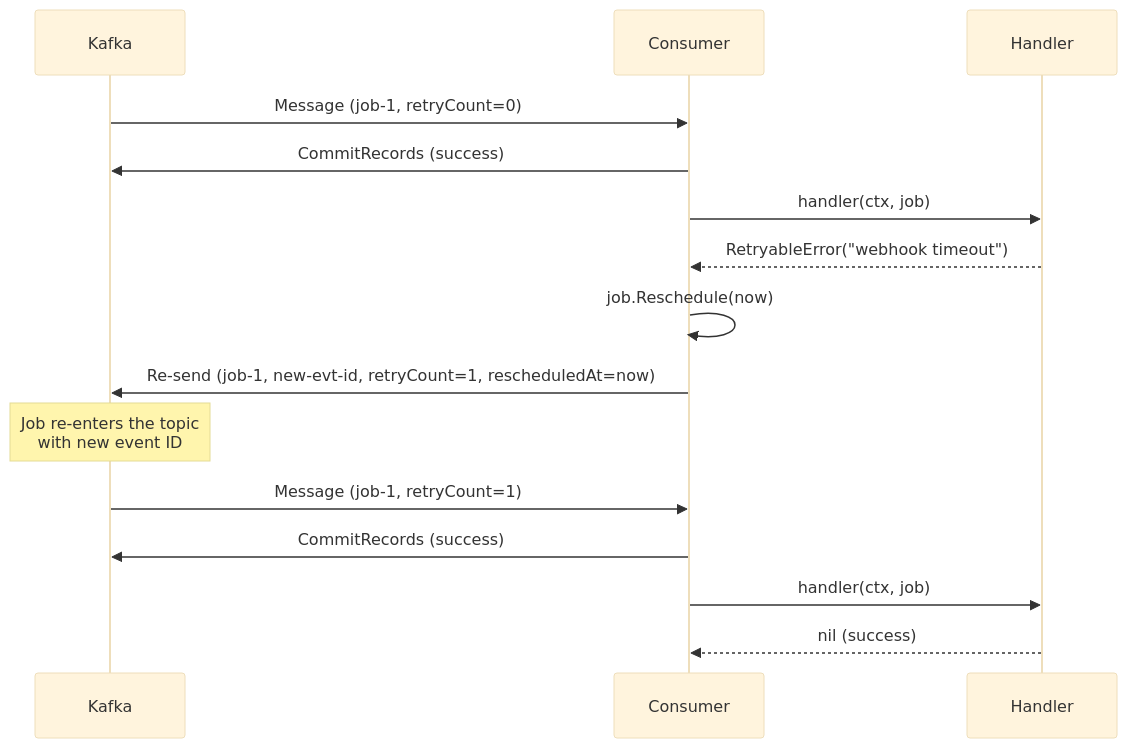
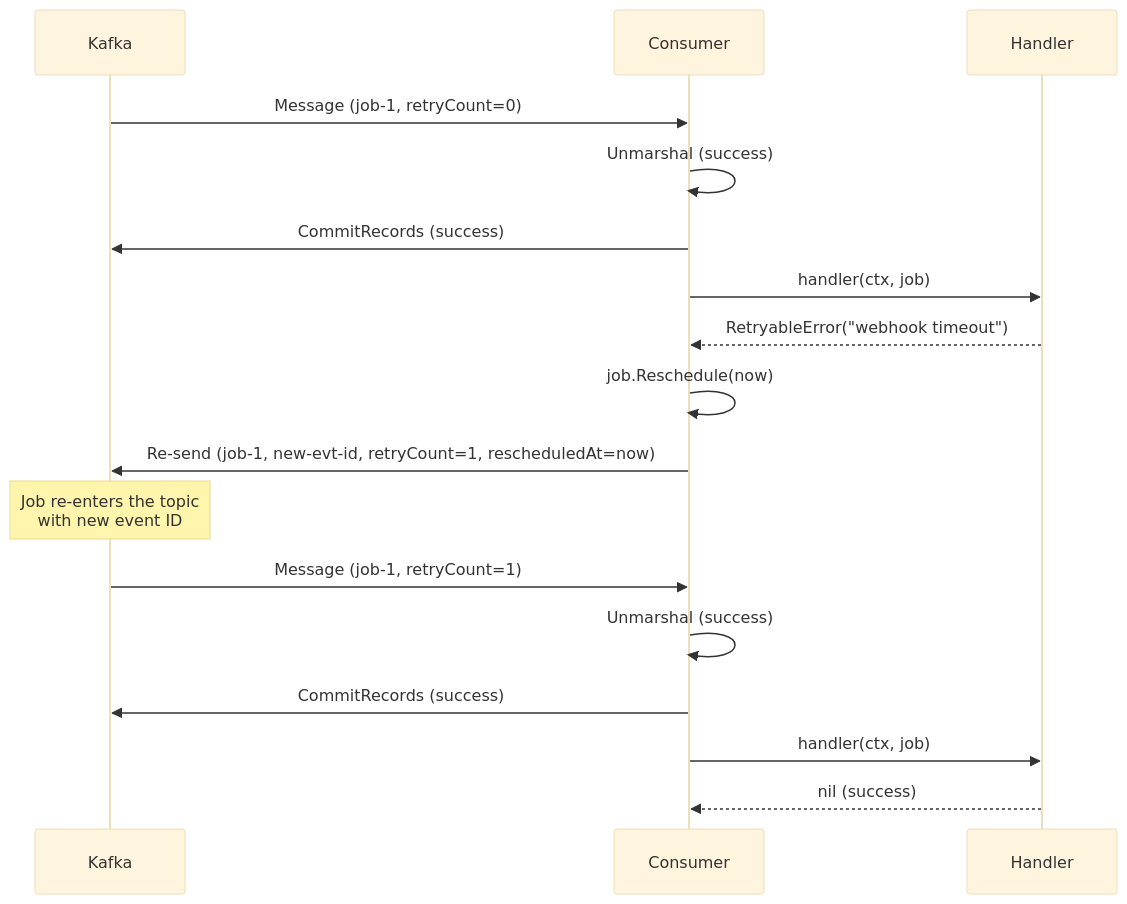
Before and after one commit to matmazurk/oidc-keepie: the fifth of 11 diagrams in kafka/README.md, drawn with Mermaid (base theme). The commit also changed other lines of this file and 1 other file, not shown here.

````diff
--- a/kafka/README.md
+++ b/kafka/README.md
@@ -159,19 +171,21 @@
 ```mermaid
 sequenceDiagram
     participant Kafka
     participant Consumer
     participant Handler
 
     Kafka->>Consumer: Message (job-1, retryCount=0)
+    Consumer->>Consumer: Unmarshal (success)
     Consumer->>Kafka: CommitRecords (success)
     Consumer->>Handler: handler(ctx, job)
     Handler-->>Consumer: RetryableError("webhook timeout")
     Consumer->>Consumer: job.Reschedule(now)
     Consumer->>Kafka: Re-send (job-1, new-evt-id, retryCount=1, rescheduledAt=now)
     Note over Kafka: Job re-enters the topic<br/>with new event ID
 
     Kafka->>Consumer: Message (job-1, retryCount=1)
+    Consumer->>Consumer: Unmarshal (success)
     Consumer->>Kafka: CommitRecords (success)
     Consumer->>Handler: handler(ctx, job)
     Handler-->>Consumer: nil (success)
 ```
````
